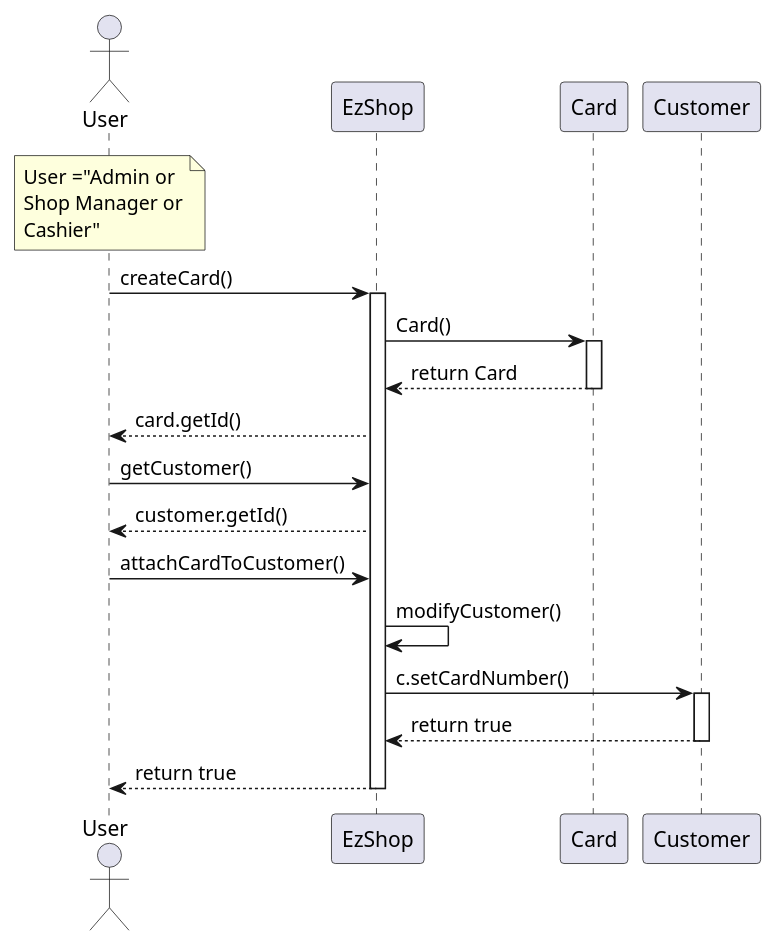
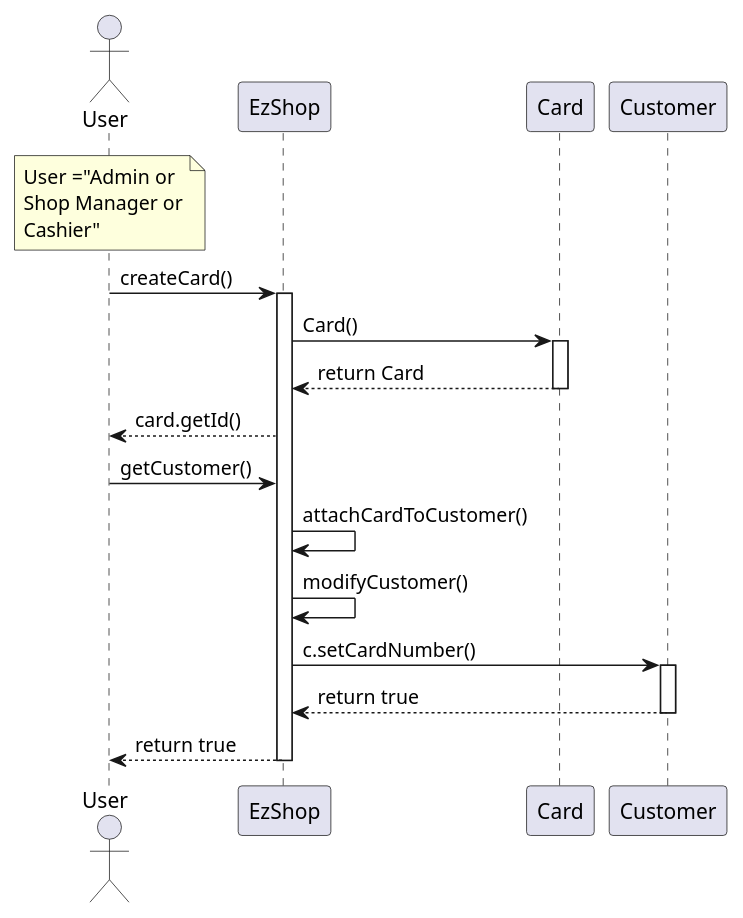
Diagram 14 of 29 in Deliverables/DesignDocument.md (paocela/EzShop), drawn with PlantUML before and after one commit. The commit also changed other lines of this file, not shown here.

Commit message:
Reviewed all sequence diagrams

````diff
--- a/Deliverables/DesignDocument.md
+++ b/Deliverables/DesignDocument.md
@@ -491,23 +497,22 @@
 ```plantuml
 
 actor User
 note over User: User ="Admin or\nShop Manager or\nCashier"
 User -> EzShop : createCard()
 activate EzShop
 EzShop -> Card : Card()
 activate Card
 EzShop <-- Card : return Card
 deactivate Card
 User <-- EzShop : card.getId()
 User -> EzShop : getCustomer()
-User <-- EzShop : customer.getId()
-User -> EzShop : attachCardToCustomer()
+EzShop -> EzShop : attachCardToCustomer()
 EzShop -> EzShop : modifyCustomer()
 EzShop -> Customer : c.setCardNumber()
 activate Customer
 EzShop <-- Customer : return true
 deactivate Customer
 User <-- EzShop : return true
 deactivate EzShop
 
 ```
````
